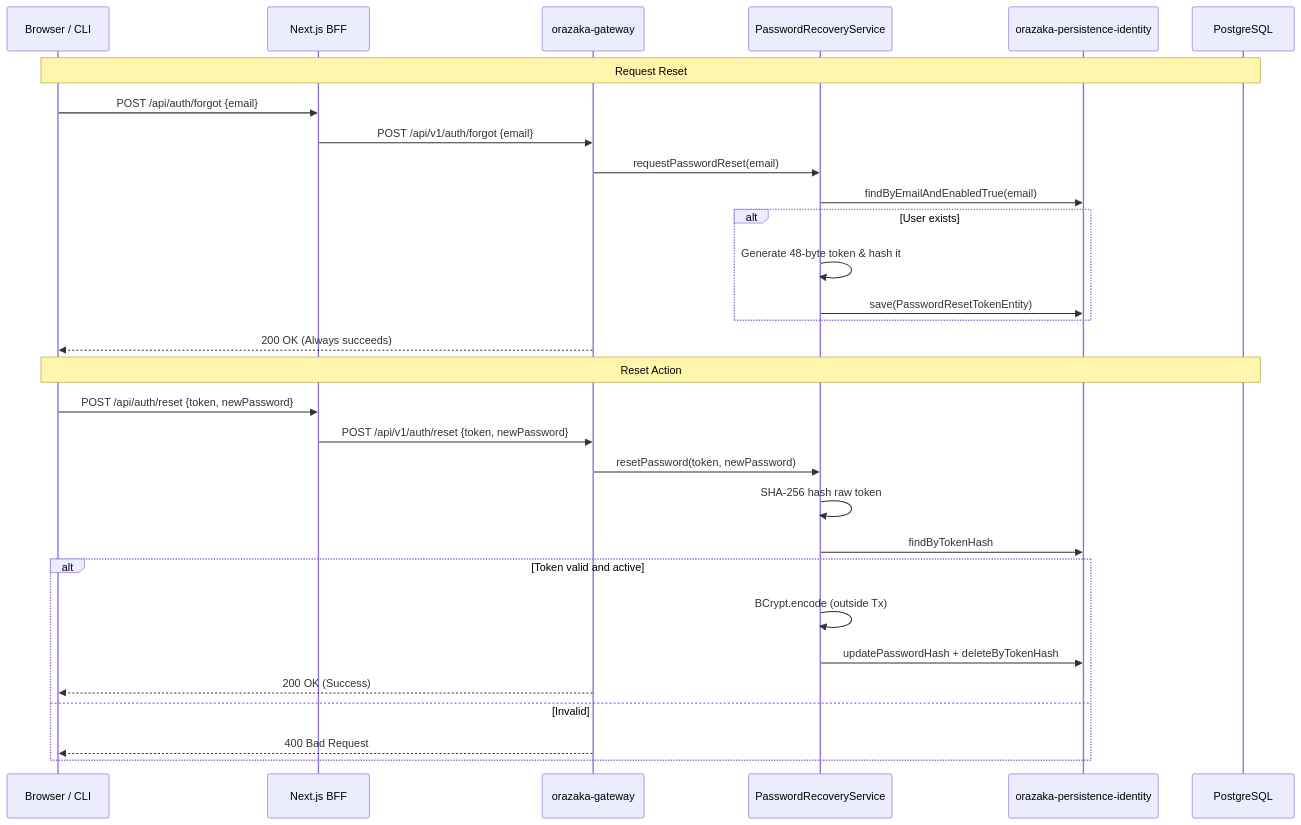
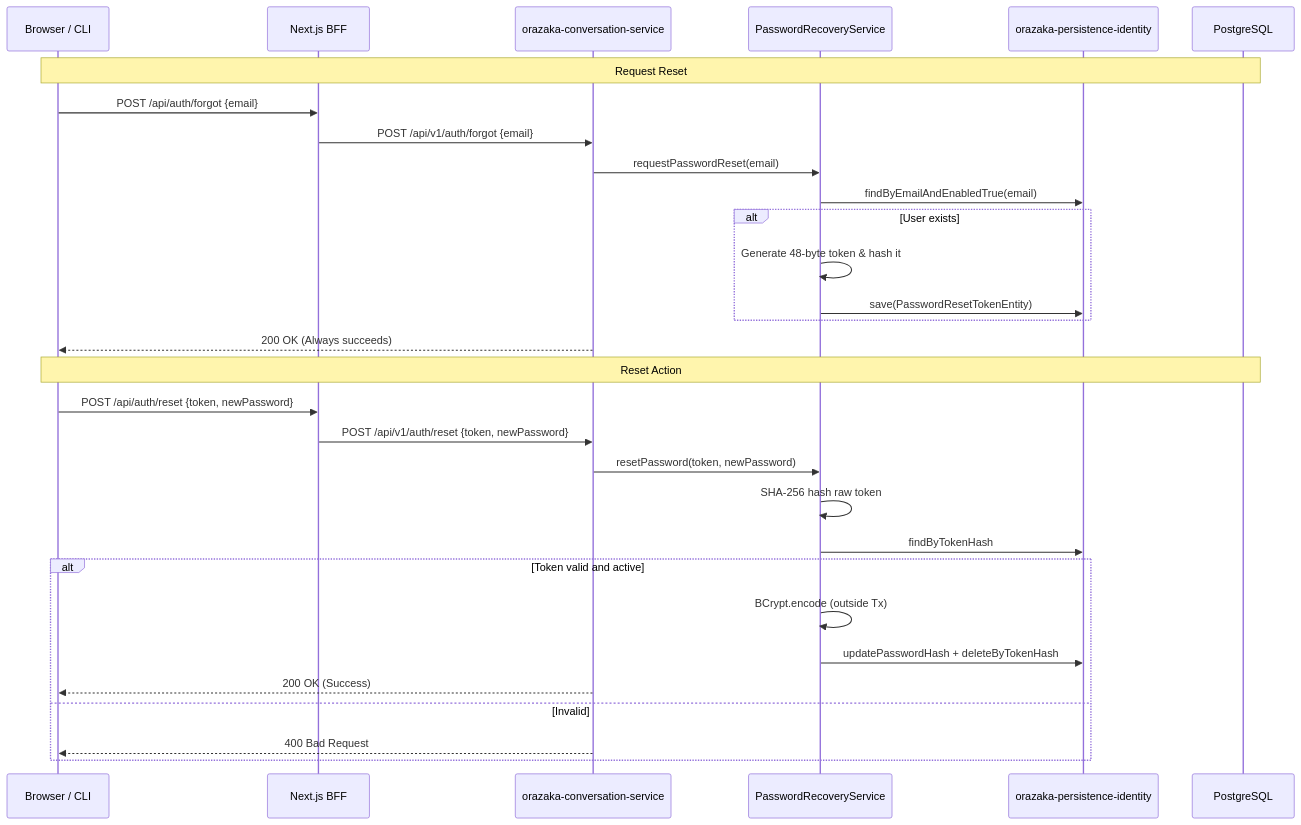
The third of 3 diagrams in orazaka-content/docs/AUTH.md (krizaka/krizaka-com), drawn with Mermaid before and after one commit. The commit also changed other lines of this file and 99 other files, not shown here.

Commit message:
feat(orochia): showcase Orochia 4K streaming platform on krizaka-com with dedicated product route, media gallery & architecture sync

````diff
--- a/orazaka-content/docs/AUTH.md
+++ b/orazaka-content/docs/AUTH.md
@@ -95,34 +95,34 @@
 ```mermaid
 sequenceDiagram
     participant Client as Browser / CLI
     participant BFF as Next.js BFF
-    participant GW as orazaka-gateway
+    participant GW as orazaka-conversation-service
     participant PRS as PasswordRecoveryService
     participant IP as orazaka-persistence-identity
     participant DB as PostgreSQL
 
     Note over Client,DB: Request Reset
     Client->>BFF: POST /api/auth/forgot {email}
     BFF->>GW: POST /api/v1/auth/forgot {email}
     GW->>PRS: requestPasswordReset(email)
     PRS->>IP: findByEmailAndEnabledTrue(email)
     alt User exists
         PRS->>PRS: Generate 48-byte token & hash it
         PRS->>IP: save(PasswordResetTokenEntity)
     end
     GW-->>Client: 200 OK (Always succeeds)
 
     Note over Client,DB: Reset Action
     Client->>BFF: POST /api/auth/reset {token, newPassword}
     BFF->>GW: POST /api/v1/auth/reset {token, newPassword}
     GW->>PRS: resetPassword(token, newPassword)
     PRS->>PRS: SHA-256 hash raw token
     PRS->>IP: findByTokenHash
     alt Token valid and active
         PRS->>PRS: BCrypt.encode (outside Tx)
         PRS->>IP: updatePasswordHash + deleteByTokenHash
         GW-->>Client: 200 OK (Success)
     else Invalid
         GW-->>Client: 400 Bad Request
     end
 ```
````
